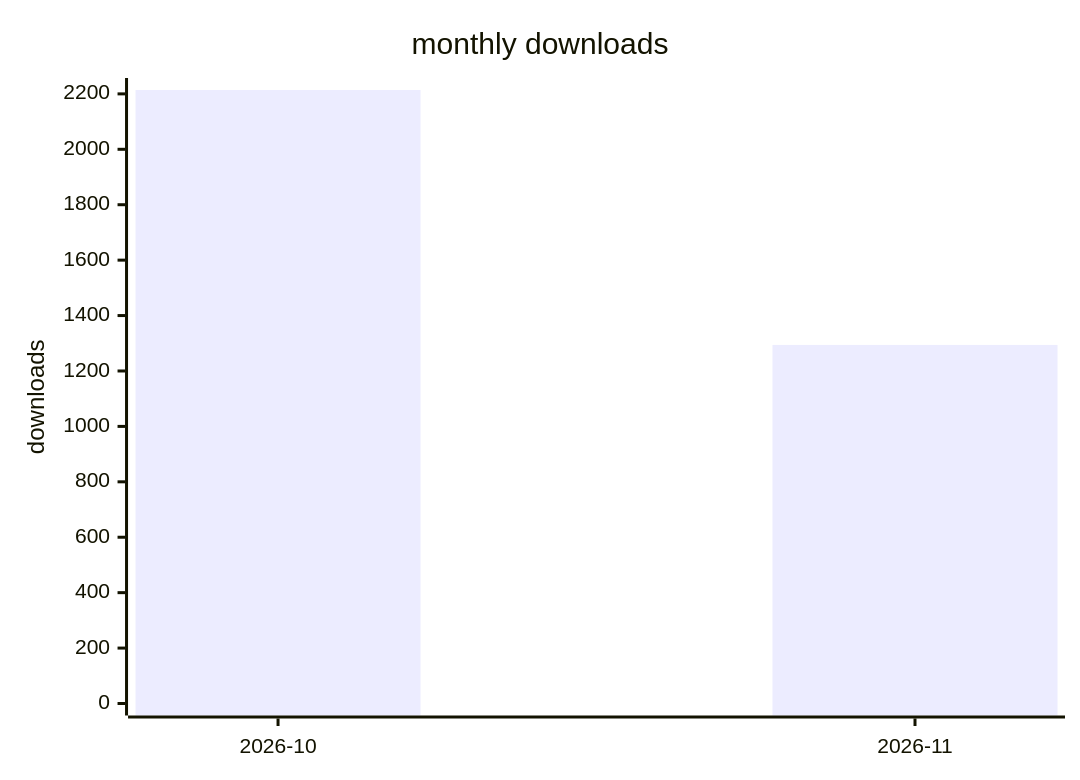
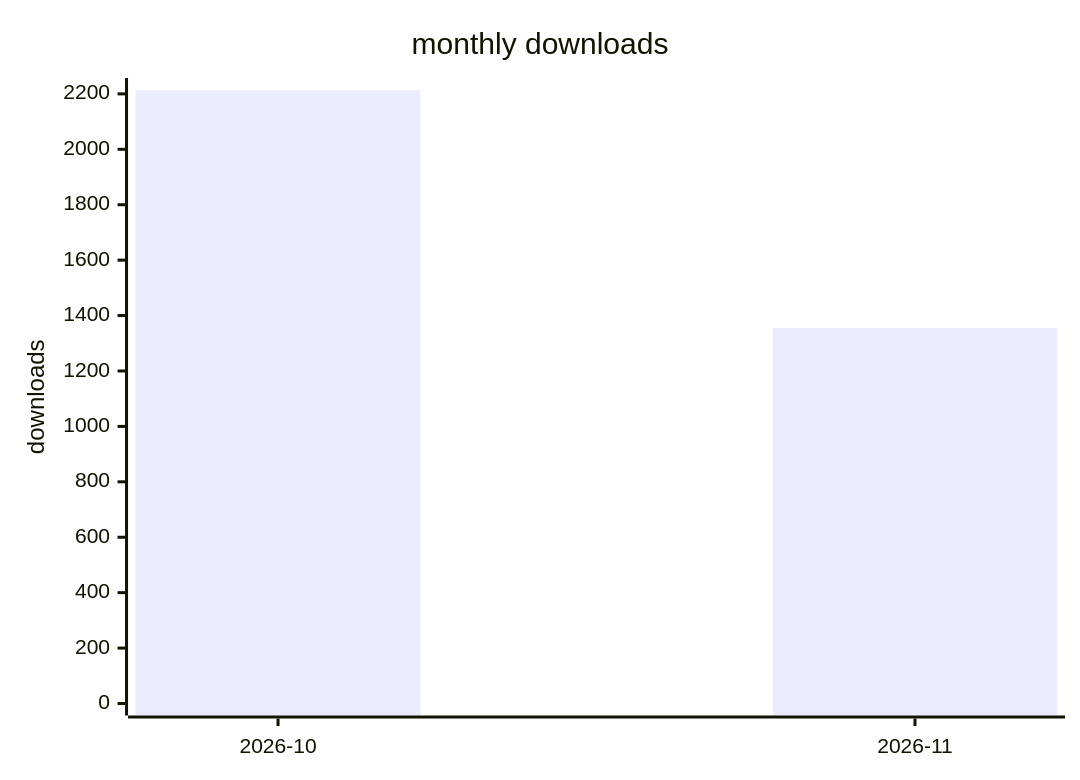
The second of 2 diagrams in docs/downloads-2026.md (terry2010/dsh-rss-news-daily), drawn with Mermaid before and after one commit. The commit also changed other lines of this file and 1 other file, not shown here.

````diff
--- a/docs/downloads-2026.md
+++ b/docs/downloads-2026.md
@@ -29,7 +29,7 @@
 ```mermaid
 xychart-beta
     title "monthly downloads"
     x-axis ["2026-10", "2026-11"]
     y-axis "downloads" 0 --> 2214
-    bar [2214, 1294]
+    bar [2214, 1355]
 ```
````
